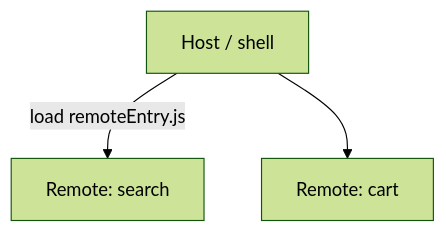
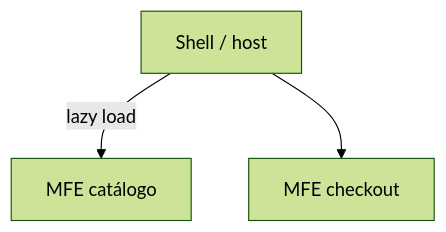
Before and after one commit to tiagocosmai/study-materials: the diagram in frontend/13-microfrontends.md, drawn with Mermaid (forest theme). The commit also changed other lines of this file and 14 other files, not shown here.

````diff
--- a/frontend/13-microfrontends.md
+++ b/frontend/13-microfrontends.md
@@ -7,8 +7,8 @@
 ```mermaid
 flowchart TB
-  HOST[Host / shell]
-  M1[Remote: search]
-  M2[Remote: cart]
-  HOST -->|load remoteEntry.js| M1
-  HOST --> M2
+  SHELL[Shell / host]
+  M1[MFE catálogo]
+  M2[MFE checkout]
+  SHELL -->|lazy load| M1
+  SHELL --> M2
 ```
````
